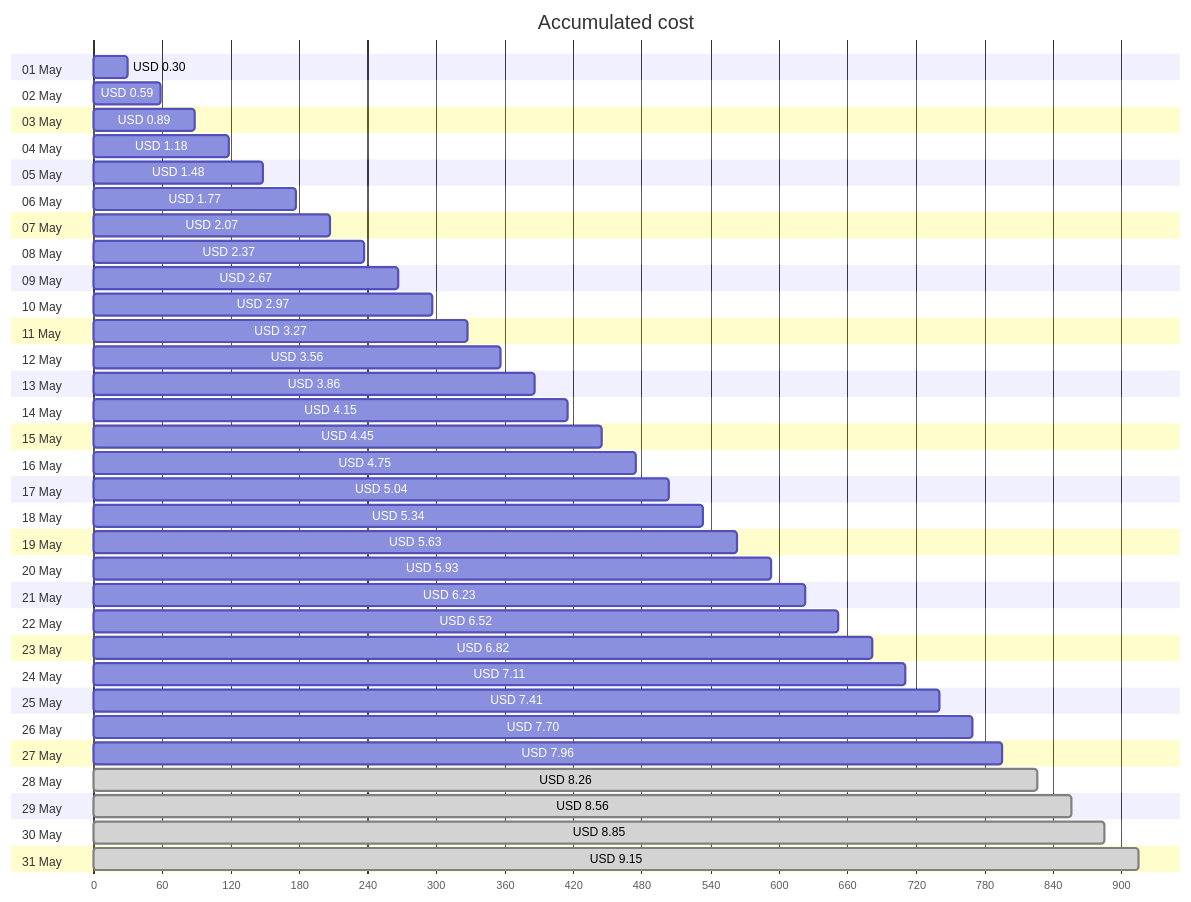
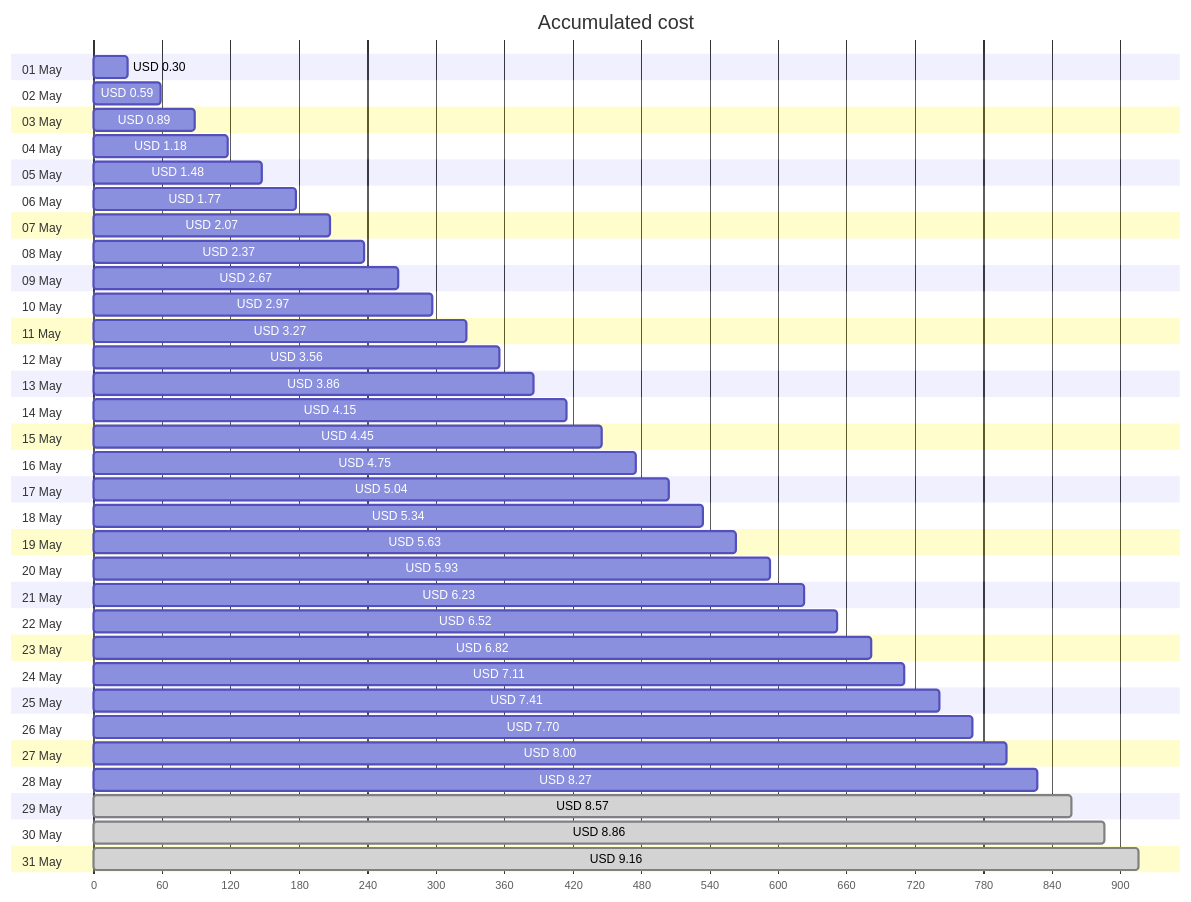
The first of 4 diagrams in cost-reports/personal-site/personal-site-preview.md (jpfulton/azure-personal-reports), drawn with Mermaid before and after one commit. The commit also changed other lines of this file and 6 other files, not shown here.

````diff
--- a/cost-reports/personal-site/personal-site-preview.md
+++ b/cost-reports/personal-site/personal-site-preview.md
@@ -20,68 +20,68 @@
 ```mermaid
 gantt
    title Accumulated cost
    dateFormat  X
    axisFormat %s
    section 01 May
    USD 0.30 :0, 30
    section 02 May
    USD 0.59 :0, 59
    section 03 May
    USD 0.89 :0, 89
    section 04 May
    USD 1.18 :0, 118
    section 05 May
    USD 1.48 :0, 148
    section 06 May
    USD 1.77 :0, 177
    section 07 May
    USD 2.07 :0, 207
    section 08 May
    USD 2.37 :0, 237
    section 09 May
    USD 2.67 :0, 267
    section 10 May
    USD 2.97 :0, 297
    section 11 May
    USD 3.27 :0, 327
    section 12 May
    USD 3.56 :0, 356
    section 13 May
    USD 3.86 :0, 386
    section 14 May
    USD 4.15 :0, 415
    section 15 May
    USD 4.45 :0, 445
    section 16 May
    USD 4.75 :0, 475
    section 17 May
    USD 5.04 :0, 504
    section 18 May
    USD 5.34 :0, 534
    section 19 May
    USD 5.63 :0, 563
    section 20 May
    USD 5.93 :0, 593
    section 21 May
    USD 6.23 :0, 623
    section 22 May
    USD 6.52 :0, 652
    section 23 May
    USD 6.82 :0, 682
    section 24 May
    USD 7.11 :0, 711
    section 25 May
    USD 7.41 :0, 741
    section 26 May
    USD 7.70 :0, 770
    section 27 May
-   USD 7.96 :0, 796
+   USD 8.00 :0, 800
    section 28 May
-   USD 8.26 : done, 0, 826
+   USD 8.27 :0, 827
    section 29 May
-   USD 8.56 : done, 0, 856
+   USD 8.57 : done, 0, 857
    section 30 May
-   USD 8.85 : done, 0, 885
+   USD 8.86 : done, 0, 886
    section 31 May
-   USD 9.15 : done, 0, 915
+   USD 9.16 : done, 0, 916
 ```
````
